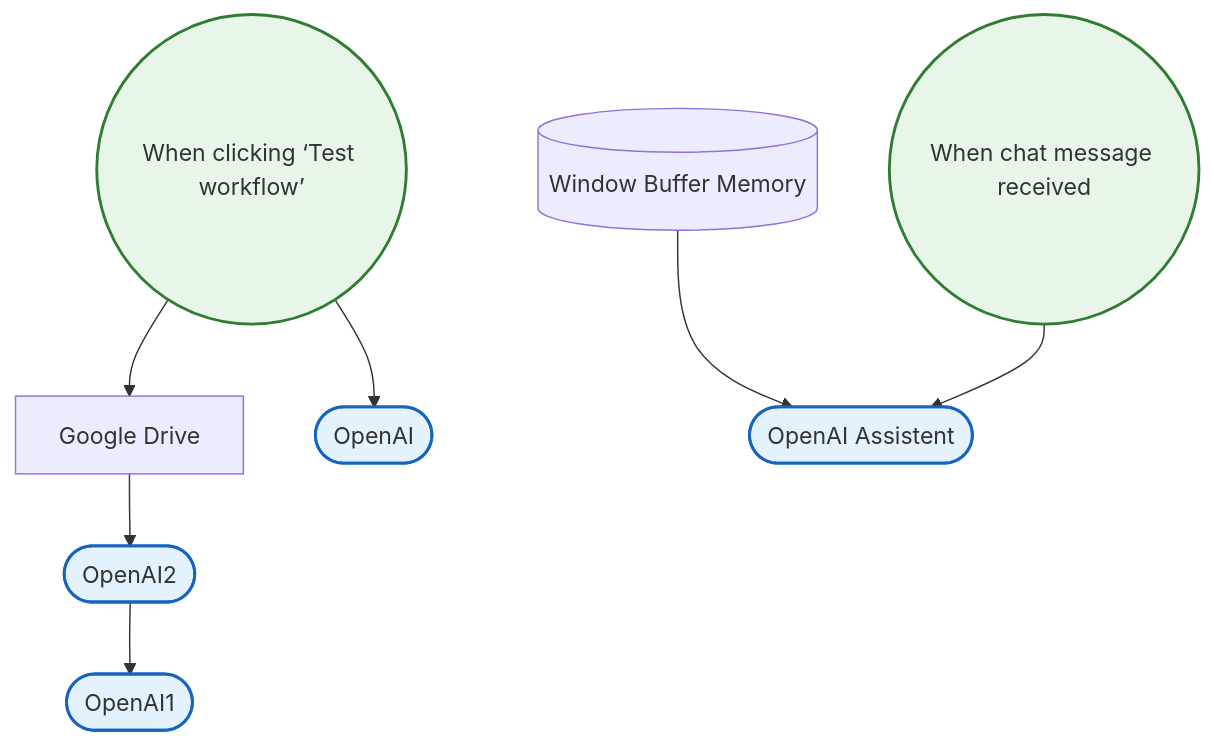
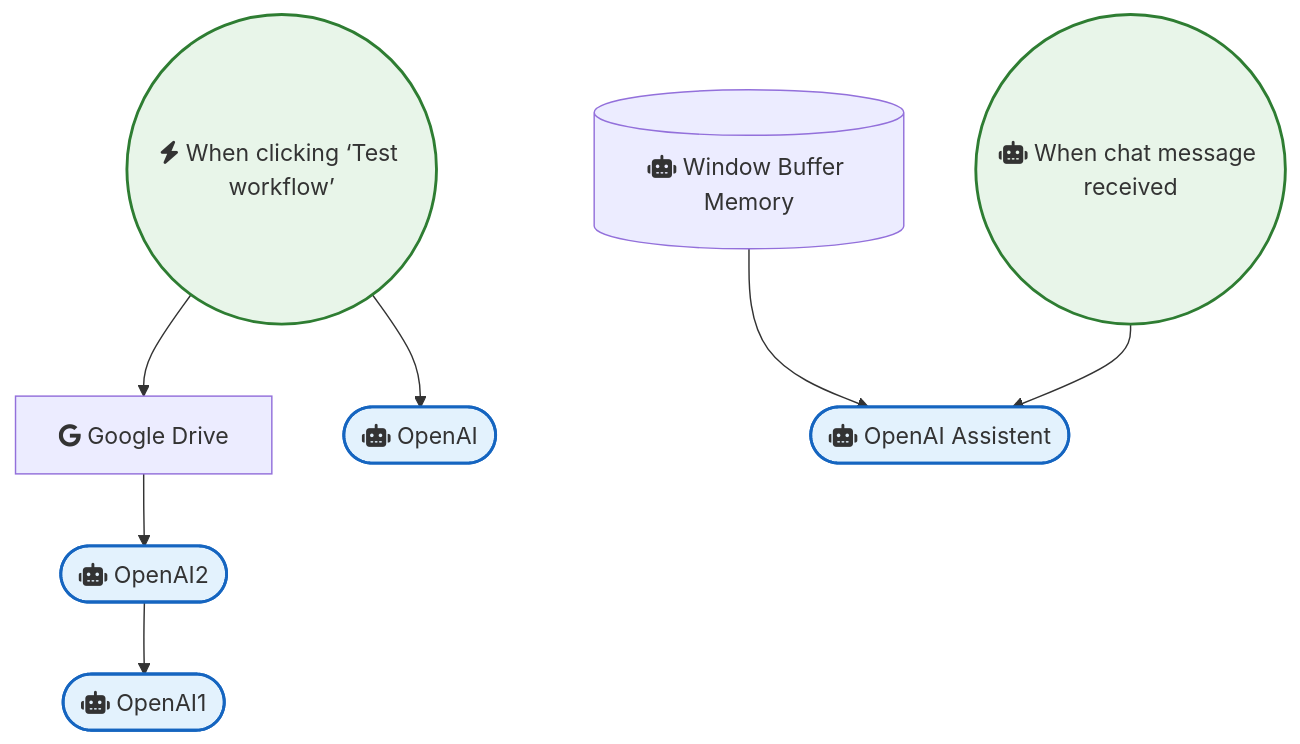
One commit to sreyash3105/N8N-DEMO-AUTOMATIONS changed the diagram in Google_Drive_and_Google_Sheets/Build an OpenAI Assistant with Google Drive Integration.md. Above: the diagram before and after it, drawn with Mermaid. The commit also changed 291 other files, not shown here.

````diff
--- a/Google_Drive_and_Google_Sheets/Build an OpenAI Assistant with Google Drive Integration.md
+++ b/Google_Drive_and_Google_Sheets/Build an OpenAI Assistant with Google Drive Integration.md
@@ -1,22 +1,22 @@
 ```mermaid
 graph TD
     classDef trigger fill:#e8f5e9,stroke:#2e7d32,stroke-width:2px;
     classDef ai fill:#e3f2fd,stroke:#1565c0,stroke-width:2px;
     classDef logic fill:#fff3e0,stroke:#ef6c00,stroke-width:2px;
 
-    When_clicking__Test_workflow_(("When clicking ‘Test workflow’")):::trigger
-    Google_Drive["Google Drive"]
-    When_chat_message_received(("When chat message received")):::trigger
-    Window_Buffer_Memory[("Window Buffer Memory")]
-    OpenAI(["OpenAI"]):::ai
-    OpenAI2(["OpenAI2"]):::ai
-    OpenAI1(["OpenAI1"]):::ai
-    OpenAI_Assistent(["OpenAI Assistent"]):::ai
+    When_clicking__Test_workflow_(("fas:fa-bolt When clicking ‘Test workflow’")):::trigger
+    Google_Drive["fab:fa-google Google Drive"]
+    When_chat_message_received(("fas:fa-robot When chat message received")):::trigger
+    Window_Buffer_Memory[("fas:fa-robot Window Buffer Memory")]
+    OpenAI(["fas:fa-robot OpenAI"]):::ai
+    OpenAI2(["fas:fa-robot OpenAI2"]):::ai
+    OpenAI1(["fas:fa-robot OpenAI1"]):::ai
+    OpenAI_Assistent(["fas:fa-robot OpenAI Assistent"]):::ai
 
     OpenAI2 --> OpenAI1
     Google_Drive --> OpenAI2
     Window_Buffer_Memory --> OpenAI_Assistent
     When_chat_message_received --> OpenAI_Assistent
     When_clicking__Test_workflow_ --> OpenAI
     When_clicking__Test_workflow_ --> Google_Drive
 ```
````
